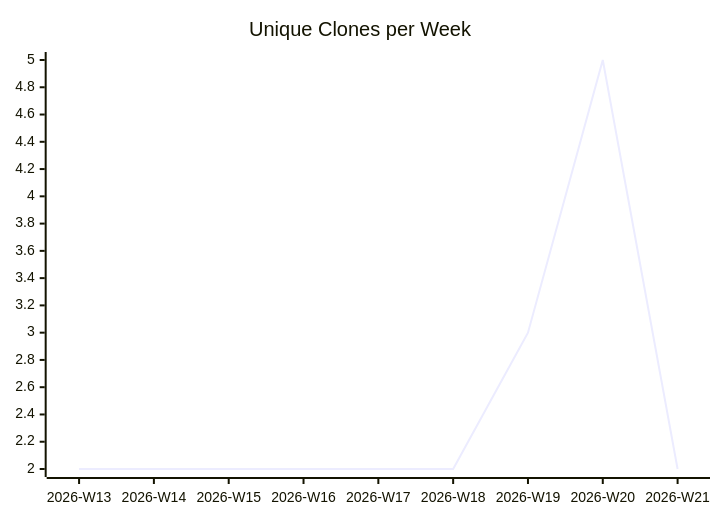
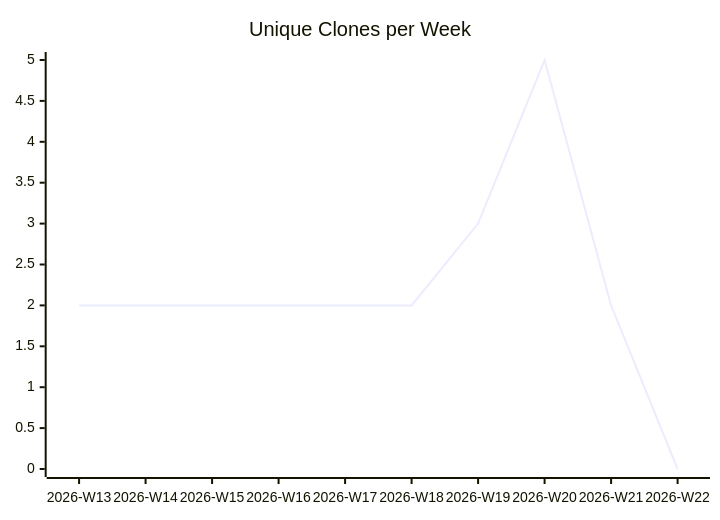
One commit to justdavis-family/github-analytics-data changed the third of 3 diagrams in karlmdavis/rps-tourney/README.md. Above: the diagram before and after it, drawn with Mermaid. The commit also changed other lines of this file and 190 other files, not shown here.

````diff
--- a/karlmdavis/rps-tourney/README.md
+++ b/karlmdavis/rps-tourney/README.md
@@ -19,6 +19,6 @@
 ```mermaid
 xychart-beta
   title "Unique Clones per Week"
-  x-axis ["2026-W13", "2026-W14", "2026-W15", "2026-W16", "2026-W17", "2026-W18", "2026-W19", "2026-W20", "2026-W21"]
-  line [2, 2, 2, 2, 2, 2, 3, 5, 2]
+  x-axis ["2026-W13", "2026-W14", "2026-W15", "2026-W16", "2026-W17", "2026-W18", "2026-W19", "2026-W20", "2026-W21", "2026-W22"]
+  line [2, 2, 2, 2, 2, 2, 3, 5, 2, 0]
 ```
````
